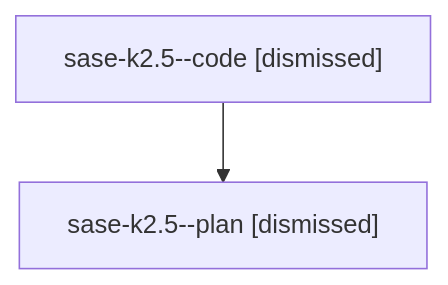
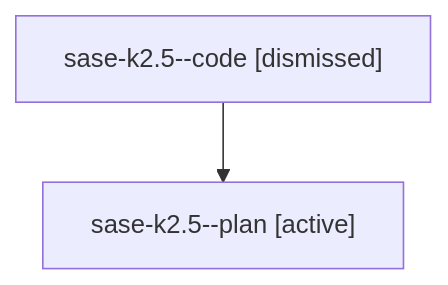
The diagram in families/bbugyi200.athena.sase-k2.5.md (sase-org/sase--agents), drawn with Mermaid before and after one commit. The commit also changed other lines of this file and 35830 other files, not shown here.

````diff
--- a/families/bbugyi200.athena.sase-k2.5.md
+++ b/families/bbugyi200.athena.sase-k2.5.md
@@ -9,6 +9,6 @@
 ```mermaid
 flowchart TD
   n0["sase-k2.5--code [dismissed]"]
-  n1["sase-k2.5--plan [dismissed]"]
+  n1["sase-k2.5--plan [active]"]
   n0 --> n1
 ```
````
